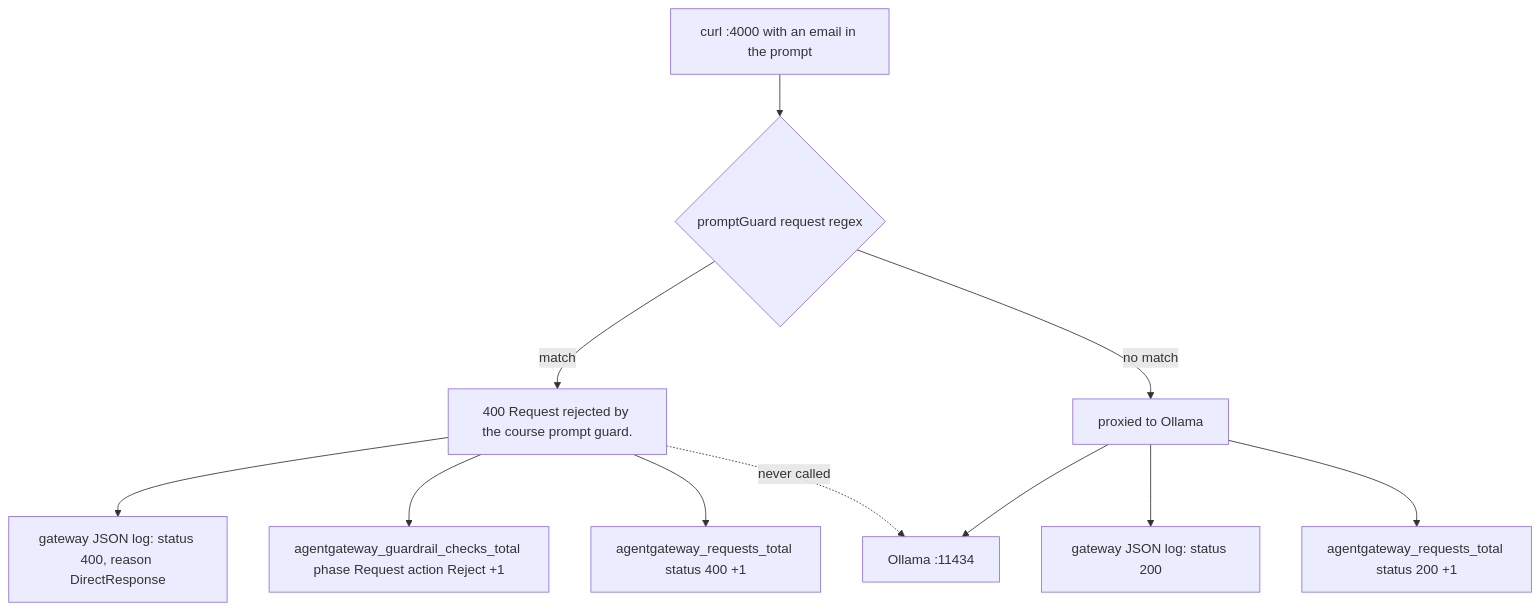
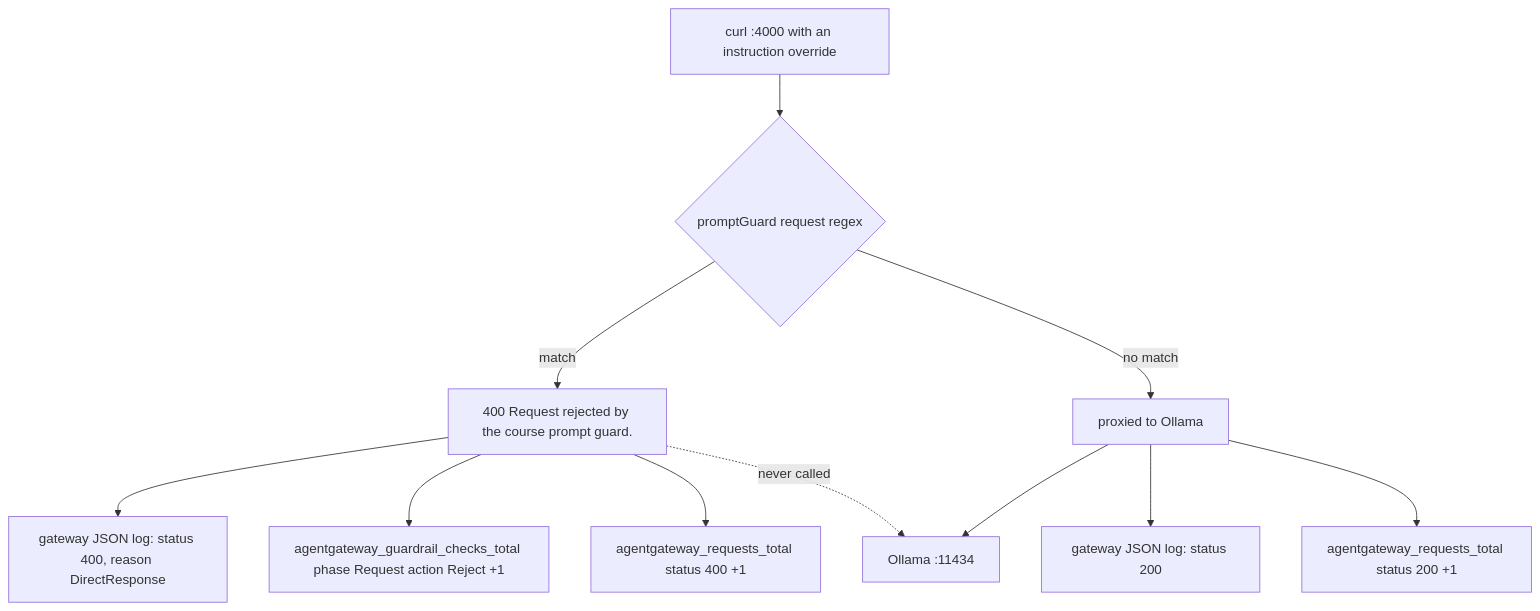
The first of 3 diagrams in content/5. Gateway/5.6. Gateway Observability.md (LuiGGi629/agentops-open-course), drawn with Mermaid before and after one commit. The commit also changed other lines of this file and 87 other files, not shown here.

````diff
--- a/content/5. Gateway/5.6. Gateway Observability.md
+++ b/content/5. Gateway/5.6. Gateway Observability.md
@@ -58,13 +55,13 @@
 ```mermaid
 flowchart TD
-    Curl[curl :4000 with an email in the prompt] --> Guard{promptGuard request regex}
+    Curl[curl :4000 with an instruction override] --> Guard{promptGuard request regex}
     Guard -->|match| Reject[400 Request rejected by the course prompt guard.]
     Reject --> Log["gateway JSON log: status 400, reason DirectResponse"]
     Reject --> Metric["agentgateway_guardrail_checks_total phase Request action Reject +1"]
     Reject --> Counter["agentgateway_requests_total status 400 +1"]
     Reject -.->|never called| Ollama[Ollama :11434]
     Guard -->|no match| Allow[proxied to Ollama]
     Allow --> Ollama
     Allow --> Log2["gateway JSON log: status 200"]
     Allow --> Counter2["agentgateway_requests_total status 200 +1"]
 ```
````
